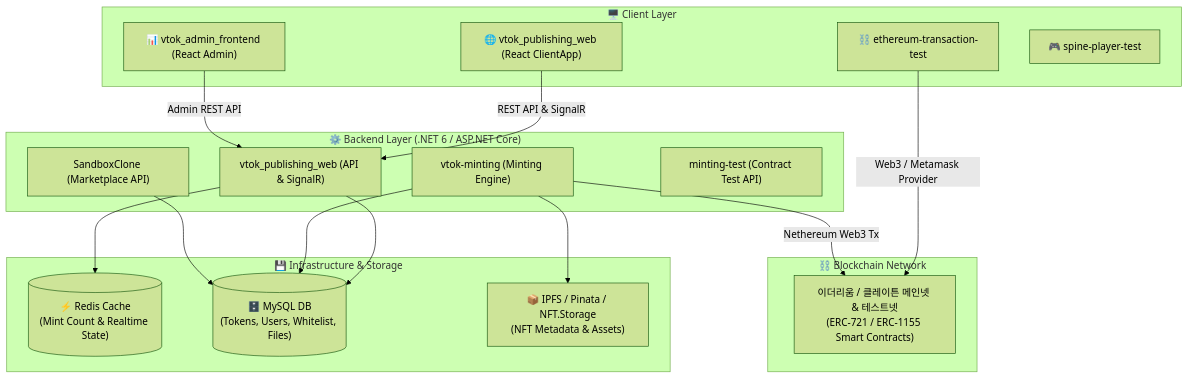
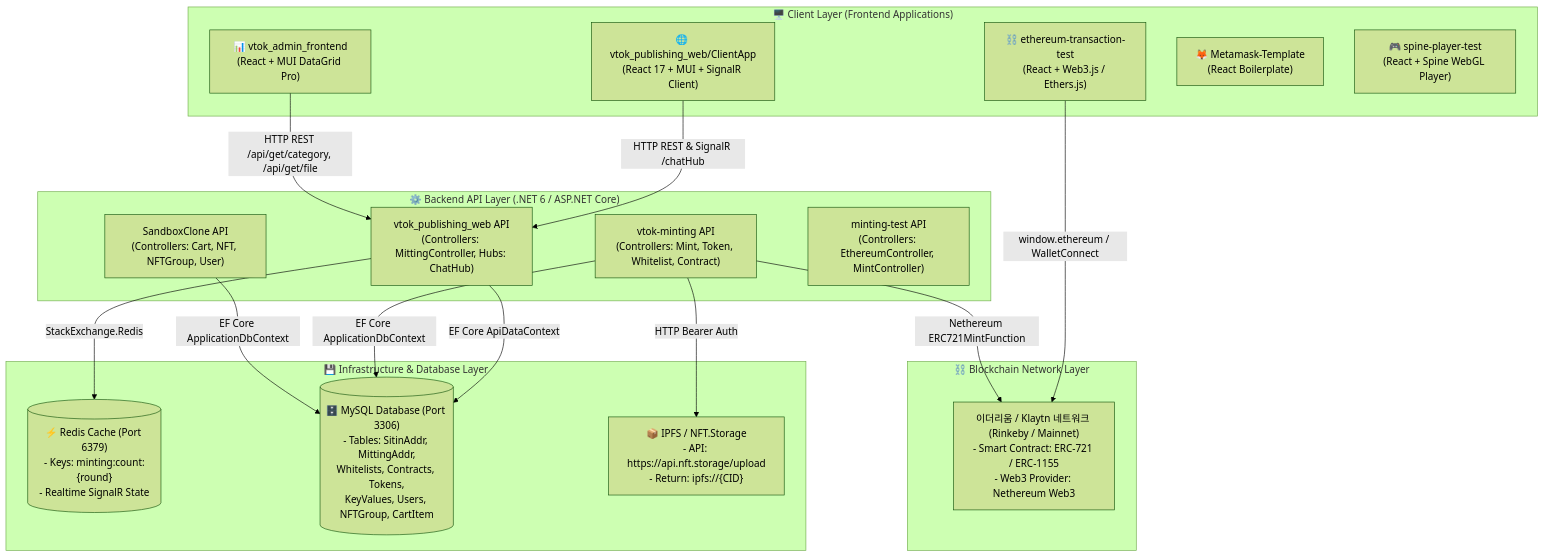
Before and after one commit to comfiapps/vtok-all: the diagram in README.md, drawn with Mermaid (forest theme). The commit also changed other lines of this file and 11 other files, not shown here.

Commit message:
docs: add exhaustive specifications including exact DB schemas, DTOs, API contracts, Web3 constants, and React state specs

````diff
--- a/README.md
+++ b/README.md
@@ -14,39 +12,40 @@
 ```mermaid
 flowchart TD
-    subgraph Client ["🖥️ Client Layer"]
-        PW["🌐 vtok_publishing_web (React ClientApp)"]
-        AF["📊 vtok_admin_frontend (React Admin)"]
-        TEST_WALLET["⛓️ ethereum-transaction-test"]
-        SPINE["🎮 spine-player-test"]
+    subgraph ClientLayer ["🖥️ Client Layer (Frontend Applications)"]
+        PW["🌐 vtok_publishing_web/ClientApp\n(React 17 + MUI + SignalR Client)"]
+        AF["📊 vtok_admin_frontend\n(React + MUI DataGrid Pro)"]
+        ETH_TEST["⛓️ ethereum-transaction-test\n(React + Web3.js / Ethers.js)"]
+        META_TMPL["🦊 Metamask-Template\n(React Boilerplate)"]
+        SPINE_TEST["🎮 spine-player-test\n(React + Spine WebGL Player)"]
     end
 
-    subgraph Backend ["⚙️ Backend Layer (.NET 6 / ASP.NET Core)"]
-        WEB_API["vtok_publishing_web (API & SignalR)"]
-        MINT_API["vtok-minting (Minting Engine)"]
-        SANDBOX_API["SandboxClone (Marketplace API)"]
-        MINT_TEST_API["minting-test (Contract Test API)"]
+    subgraph BackendLayer ["⚙️ Backend API Layer (.NET 6 / ASP.NET Core)"]
+        WEB_BACKEND["vtok_publishing_web API\n(Controllers: MittingController, Hubs: ChatHub)"]
+        MINT_BACKEND["vtok-minting API\n(Controllers: Mint, Token, Whitelist, Contract)"]
+        SANDBOX_BACKEND["SandboxClone API\n(Controllers: Cart, NFT, NFTGroup, User)"]
+        TEST_BACKEND["minting-test API\n(Controllers: EthereumController, MintController)"]
     end
 
-    subgraph Infra ["💾 Infrastructure & Storage"]
-        REDIS[("⚡ Redis Cache\n(Mint Count & Realtime State)")]
-        MYSQL[("🗄️ MySQL DB\n(Tokens, Users, Whitelist, Files)")]
-        IPFS["📦 IPFS / Pinata / NFT.Storage\n(NFT Metadata & Assets)"]
+    subgraph StorageLayer ["💾 Infrastructure & Database Layer"]
+        REDIS[("⚡ Redis Cache (Port 6379)\n- Keys: minting:count:{round}\n- Realtime SignalR State")]
+        MYSQL[("🗄️ MySQL Database (Port 3306)\n- Tables: SitinAddr, MittingAddr,\nWhitelists, Contracts, Tokens,\nKeyValues, Users, NFTGroup, CartItem")]
+        IPFS["📦 IPFS / NFT.Storage\n- API: https://api.nft.storage/upload\n- Return: ipfs://{CID}"]
     end
 
-    subgraph Blockchain ["⛓️ Blockchain Network"]
-        ETH["이더리움 / 클레이튼 메인넷 & 테스트넷\n(ERC-721 / ERC-1155 Smart Contracts)"]
+    subgraph BlockchainLayer ["⛓️ Blockchain Network Layer"]
+        RINKEBY["이더리움 / Klaytn 네트워크 (Rinkeby / Mainnet)\n- Smart Contract: ERC-721 / ERC-1155\n- Web3 Provider: Nethereum Web3"]
     end
 
-    PW -->|REST API & SignalR| WEB_API
-    AF -->|Admin REST API| WEB_API
-    TEST_WALLET -->|Web3 / Metamask Provider| ETH
+    PW -->|HTTP REST & SignalR /chatHub| WEB_BACKEND
+    AF -->|HTTP REST /api/get/category, /api/get/file| WEB_BACKEND
+    ETH_TEST -->|window.ethereum / WalletConnect| RINKEBY
 
-    WEB_API --> REDIS
-    WEB_API --> MYSQL
+    WEB_BACKEND -->|StackExchange.Redis| REDIS
+    WEB_BACKEND -->|EF Core ApiDataContext| MYSQL
 
-    MINT_API --> IPFS
-    MINT_API -->|Nethereum Web3 Tx| ETH
-    MINT_API --> MYSQL
+    MINT_BACKEND -->|HTTP Bearer Auth| IPFS
+    MINT_BACKEND -->|Nethereum ERC721MintFunction| RINKEBY
+    MINT_BACKEND -->|EF Core ApplicationDbContext| MYSQL
 
-    SANDBOX_API --> MYSQL
+    SANDBOX_BACKEND -->|EF Core ApplicationDbContext| MYSQL
 ```
````
